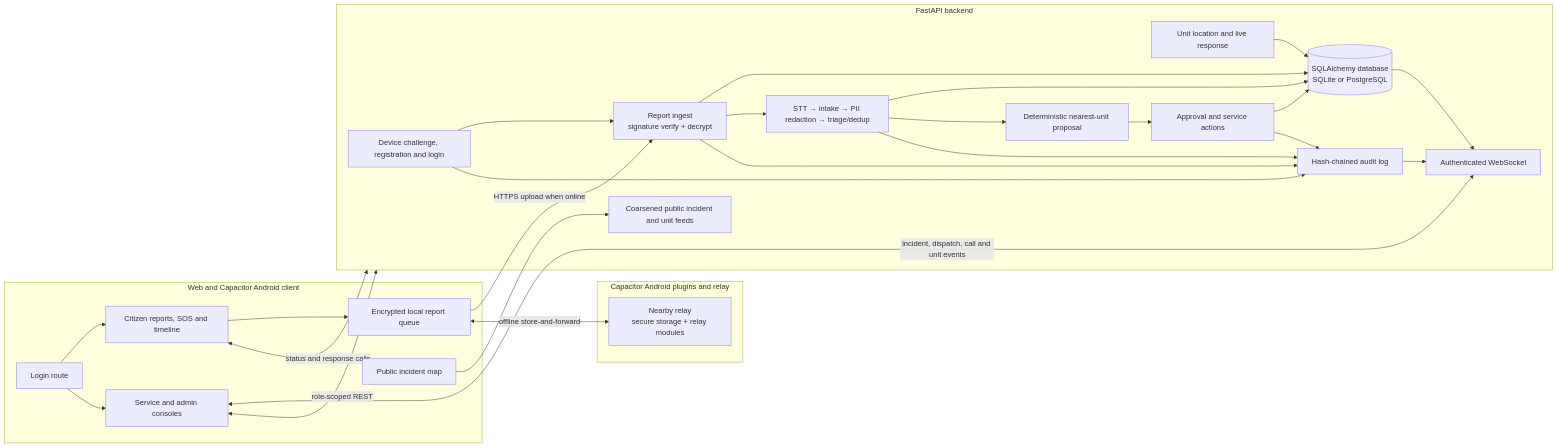
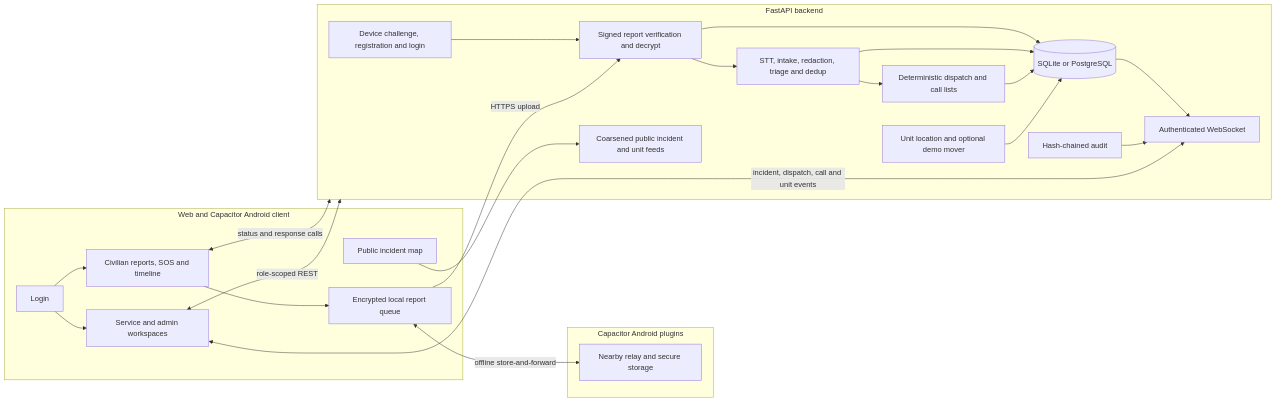
One commit to Artemisdevv/Sahay changed the diagram in README.md. Above: the diagram before and after it, drawn with Mermaid. The commit also changed other lines of this file, not shown here.

````diff
--- a/README.md
+++ b/README.md
@@ -17,51 +114,45 @@
 ```mermaid
 flowchart LR
-  subgraph WEB[Web and Capacitor Android client]
-    Login[Login route]
-    Citizen[Citizen reports, SOS and timeline]
+  subgraph CLIENT[Web and Capacitor Android client]
+    Login[Login]
+    Citizen[Civilian reports, SOS and timeline]
     Queue[Encrypted local report queue]
-    Ops[Service and admin consoles]
+    Ops[Service and admin workspaces]
     Map[Public incident map]
     Login --> Citizen
     Login --> Ops
     Citizen --> Queue
   end
 
-  subgraph ANDROID[Capacitor Android plugins and relay]
-    Nearby[Nearby relay\nsecure storage + relay modules]
+  subgraph ANDROID[Capacitor Android plugins]
+    Nearby[Nearby relay and secure storage]
   end
 
   subgraph API[FastAPI backend]
     Auth[Device challenge, registration and login]
-    Ingest[Report ingest\nsignature verify + decrypt]
-    Pipeline[STT → intake → PII redaction → triage/dedup]
-    Dispatch[Deterministic nearest-unit proposal]
-    Live[Unit location and live response]
+    Ingest[Signed report verification and decrypt]
+    Pipeline[STT, intake, redaction, triage and dedup]
+    Dispatch[Deterministic dispatch and call lists]
+    Live[Unit location and optional demo mover]
     Public[Coarsened public incident and unit feeds]
-    Gate[Approval and service actions]
-    Store[(SQLAlchemy database\nSQLite or PostgreSQL)]
-    Audit[Hash-chained audit log]
+    DB[(SQLite or PostgreSQL)]
+    Audit[Hash-chained audit]
     WS[Authenticated WebSocket]
     Auth --> Ingest
-    Ingest --> Store
     Ingest --> Pipeline
-    Pipeline --> Store
+    Ingest --> DB
+    Pipeline --> DB
     Pipeline --> Dispatch
-    Dispatch --> Gate
-    Live --> Store
-    Gate --> Store
-    Auth --> Audit
-    Ingest --> Audit
-    Pipeline --> Audit
-    Gate --> Audit
-    Store --> WS
+    Dispatch --> DB
+    Live --> DB
+    DB --> WS
     Audit --> WS
   end
 
-  Queue -->|HTTPS upload when online| Ingest
+  Queue -->|HTTPS upload| Ingest
   Queue <-->|offline store-and-forward| Nearby
   Citizen <-->|status and response calls| API
   Ops <-->|role-scoped REST| API
   Ops <-->|incident, dispatch, call and unit events| WS
   Map --> Public
 ```
````
